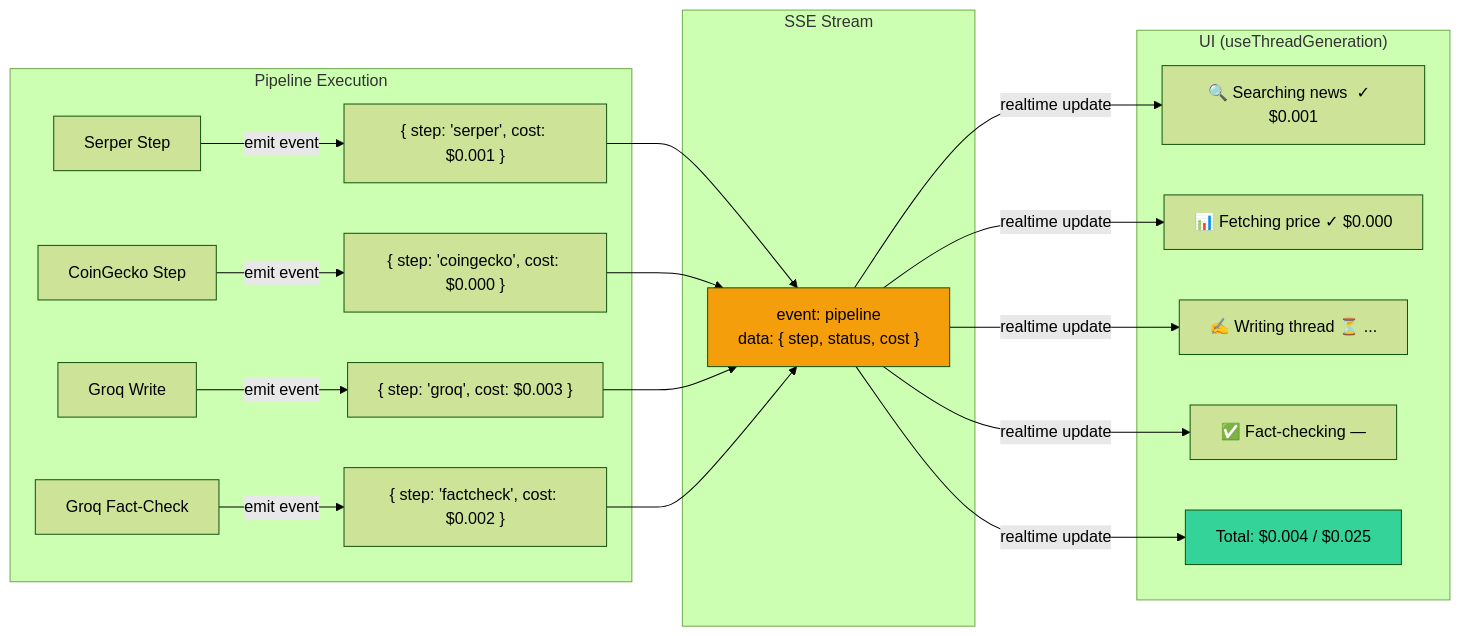
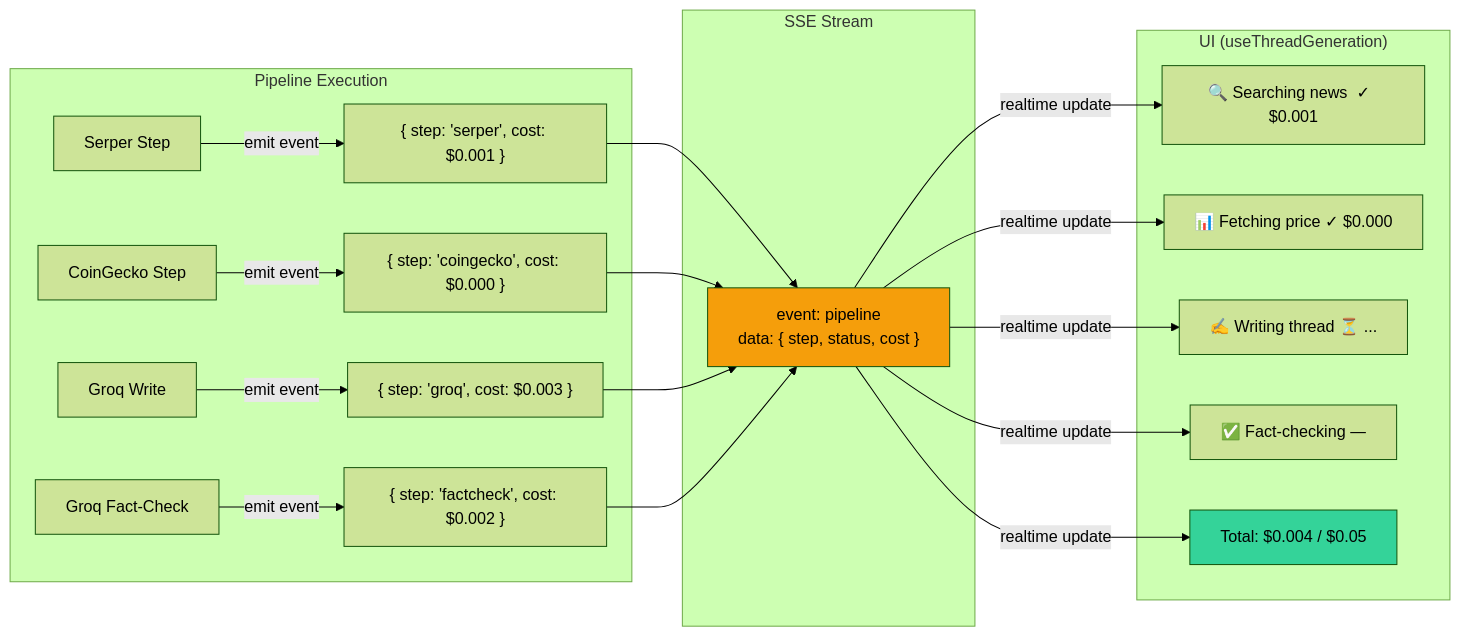
Before and after one commit to hms1499/shippost: the fourth of 6 diagrams in docs/x402-flow-diagrams.md, drawn with Mermaid (forest theme). The commit also changed other lines of this file and 8 other files, not shown here.

````diff
--- a/docs/x402-flow-diagrams.md
+++ b/docs/x402-flow-diagrams.md
@@ -85,35 +85,35 @@
 ```mermaid
 flowchart LR
     subgraph Pipeline["Pipeline Execution"]
         S1["Serper Step"] -->|emit event| E1["{ step: 'serper', cost: $0.001 }"]
         S2["CoinGecko Step"] -->|emit event| E2["{ step: 'coingecko', cost: $0.000 }"]
         S3["Groq Write"] -->|emit event| E3["{ step: 'groq', cost: $0.003 }"]
         S4["Groq Fact-Check"] -->|emit event| E4["{ step: 'factcheck', cost: $0.002 }"]
     end
     
     subgraph Stream["SSE Stream"]
         ES["event: pipeline<br/>data: { step, status, cost }"]
     end
     
     subgraph UI["UI (useThreadGeneration)"]
         UI1["🔍 Searching news  ✓  $0.001"]
         UI2["📊 Fetching price  ✓  $0.000"]
         UI3["✍️  Writing thread  ⏳ ..."]
         UI4["✅ Fact-checking     —"]
-        UI5["Total: $0.004 / $0.025"]
+        UI5["Total: $0.004 / $0.05"]
     end
     
     E1 --> ES
     E2 --> ES
     E3 --> ES
     E4 --> ES
     
     ES -->|realtime update| UI1
     ES -->|realtime update| UI2
     ES -->|realtime update| UI3
     ES -->|realtime update| UI4
     ES -->|realtime update| UI5
     
     style ES fill:#f59e0b
     style UI5 fill:#34d399
 ```
````
